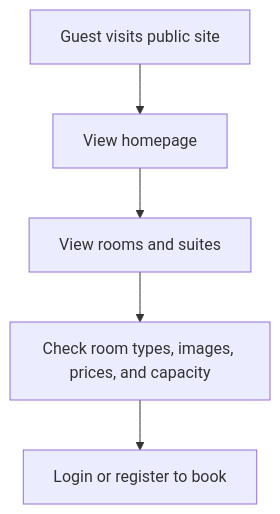
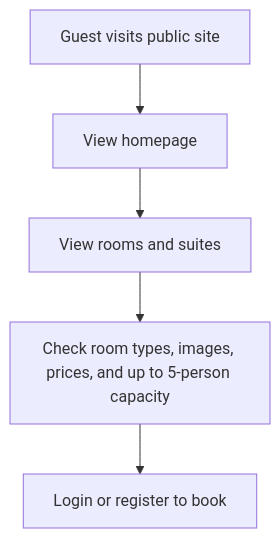
The second of 4 diagrams in docs/website-flowchart.md (WizardOfXerox/Emperor-Hotel), drawn with Mermaid before and after one commit. The commit also changed other lines of this file and 24 other files, not shown here.

````diff
--- a/docs/website-flowchart.md
+++ b/docs/website-flowchart.md
@@ -81,7 +81,7 @@
 ```mermaid
 flowchart TD
     A[Guest visits public site] --> B[View homepage]
     B --> C[View rooms and suites]
-    C --> D[Check room types, images, prices, and capacity]
+    C --> D[Check room types, images, prices, and up to 5-person capacity]
     D --> E[Login or register to book]
 ```
````
